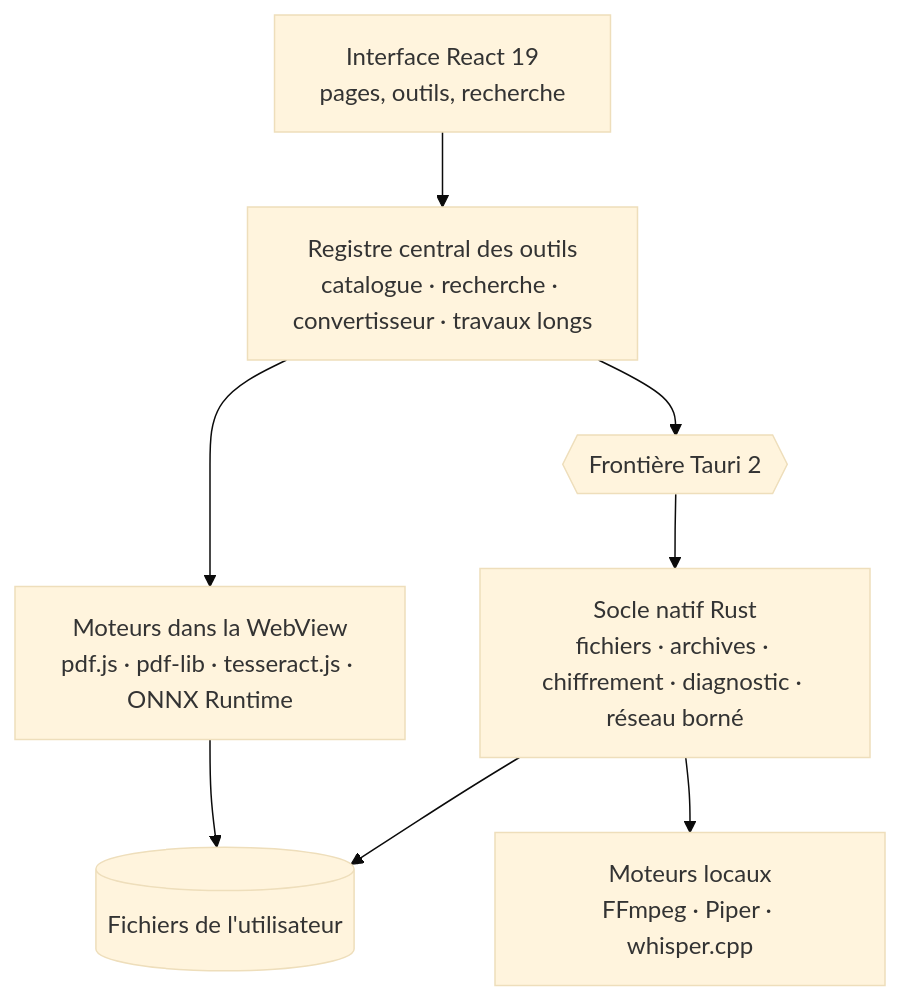
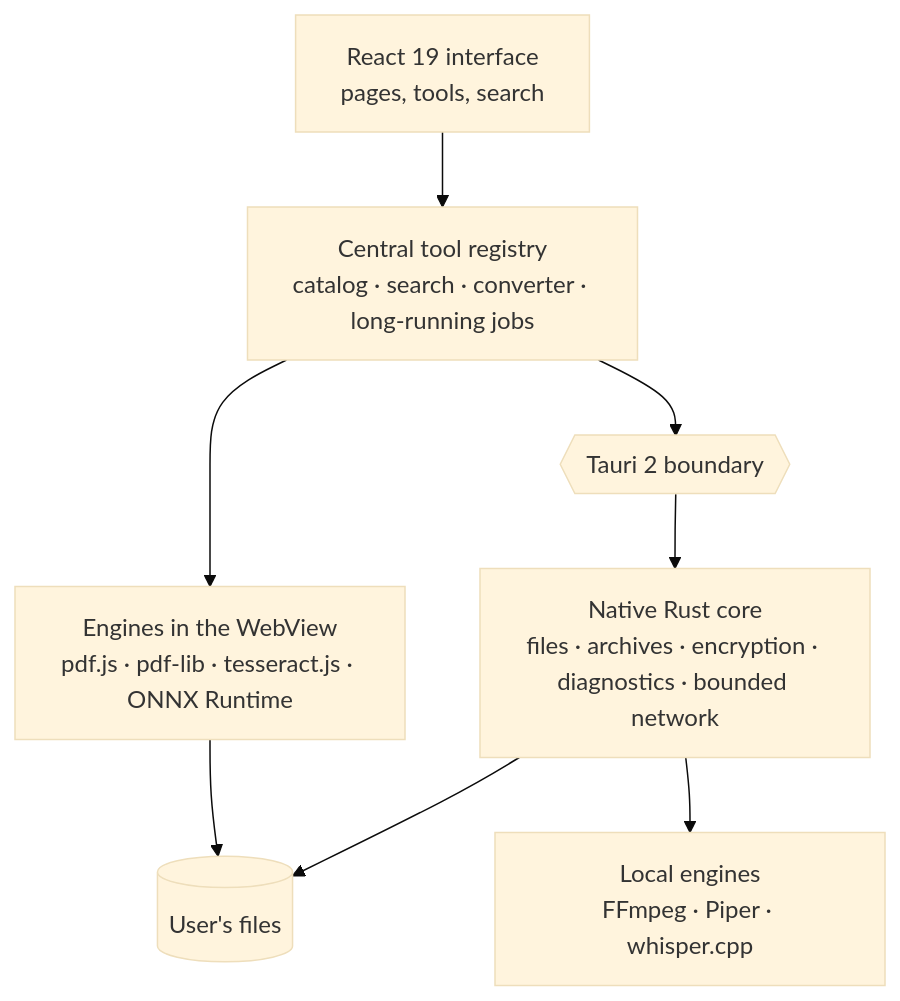
The diagram in README.md (lolmath06/FourTout), drawn with Mermaid (base theme) before and after one commit. The commit also changed other lines of this file and 393 other files, not shown here.

````diff
--- a/README.md
+++ b/README.md
@@ -247,17 +260,17 @@
 ```mermaid
 flowchart TB
-  UI["Interface React 19<br/>pages, outils, recherche"]
-  REG["Registre central des outils<br/>catalogue · recherche · convertisseur · travaux longs"]
-  WEB["Moteurs dans la WebView<br/>pdf.js · pdf-lib · tesseract.js · ONNX Runtime"]
-  IPC{{"Frontière Tauri 2"}}
-  RUST["Socle natif Rust<br/>fichiers · archives · chiffrement · diagnostic · réseau borné"]
-  SIDE["Moteurs locaux<br/>FFmpeg · Piper · whisper.cpp"]
-  FS[("Fichiers de l'utilisateur")]
+  UI["React 19 interface<br/>pages, tools, search"]
+  REG["Central tool registry<br/>catalog · search · converter · long-running jobs"]
+  WEB["Engines in the WebView<br/>pdf.js · pdf-lib · tesseract.js · ONNX Runtime"]
+  IPC{{"Tauri 2 boundary"}}
+  RUST["Native Rust core<br/>files · archives · encryption · diagnostics · bounded network"]
+  SIDE["Local engines<br/>FFmpeg · Piper · whisper.cpp"]
+  FS[("User's files")]
 
   UI --> REG
   REG --> WEB
   REG --> IPC --> RUST
   RUST --> SIDE
   WEB --> FS
   RUST --> FS
 ```
````
